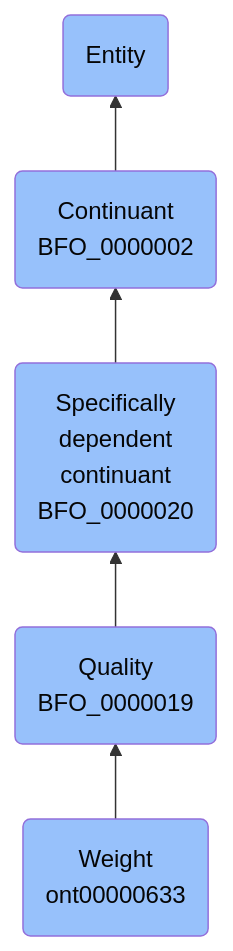
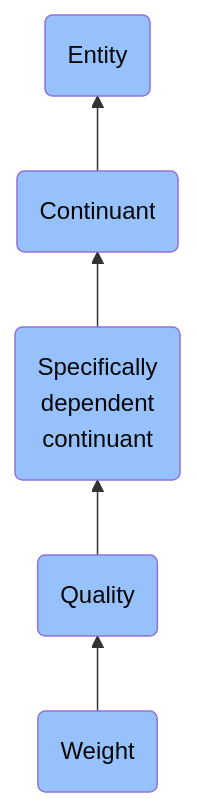
One commit to jupyter-naas/abi changed the diagram in docs/ontology/reference/model/Entity/Continuant/Specifically dependent continuant/Quality/Weight/Weight.md. Above: the diagram before and after it, drawn with Mermaid. The commit also changed other lines of this file and 1430 other files, not shown here.

````diff
--- a/docs/ontology/reference/model/Entity/Continuant/Specifically dependent continuant/Quality/Weight/Weight.md
+++ b/docs/ontology/reference/model/Entity/Continuant/Specifically dependent continuant/Quality/Weight/Weight.md
@@ -24,12 +24,12 @@
 ```mermaid
 graph BT
-    ont00000633(Weight<br>ont00000633):::BFO-->BFO_0000019
-    BFO_0000019(Quality<br>BFO_0000019):::BFO-->BFO_0000020
-    BFO_0000020(Specifically<br>dependent<br>continuant<br>BFO_0000020):::BFO-->BFO_0000002
-    BFO_0000002(Continuant<br>BFO_0000002):::BFO-->BFO_0000001
+    ont00000633(Weight):::BFO-->BFO_0000019
+    BFO_0000019(Quality):::BFO-->BFO_0000020
+    BFO_0000020(Specifically<br>dependent<br>continuant):::BFO-->BFO_0000002
+    BFO_0000002(Continuant):::BFO-->BFO_0000001
     BFO_0000001(Entity):::BFO
     
     classDef BFO fill:#97c1fb,color:#060606
     classDef CCO fill:#e4c51e,color:#060606
     classDef ABI fill:#48DD82,color:#060606
 ```
````
